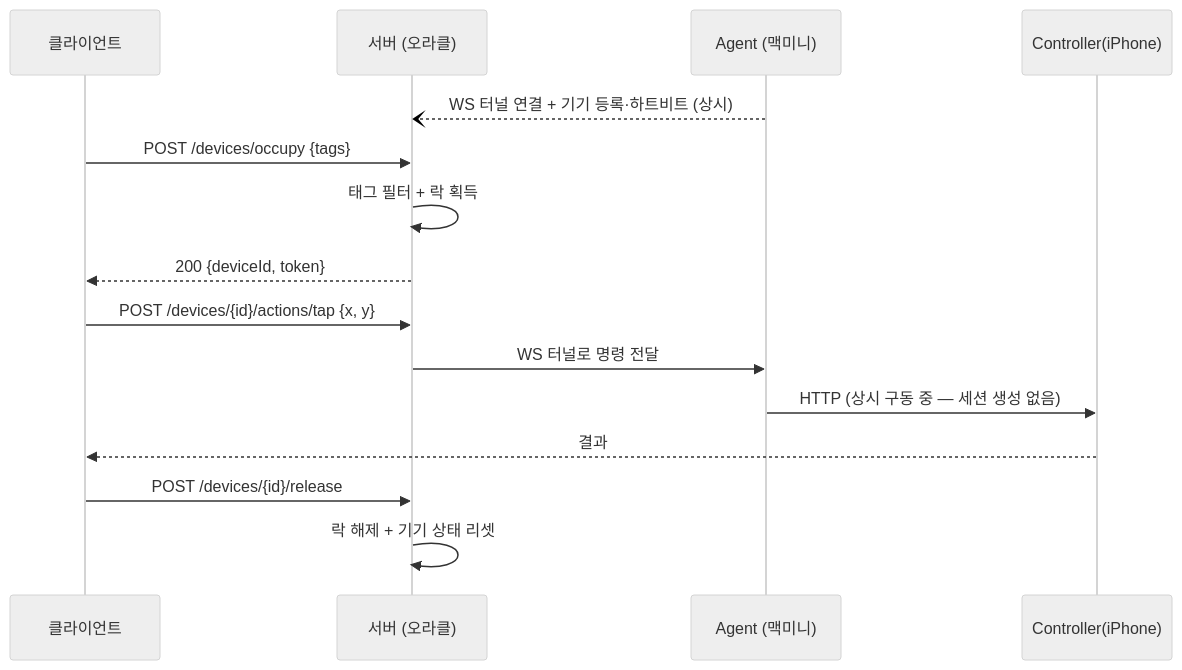
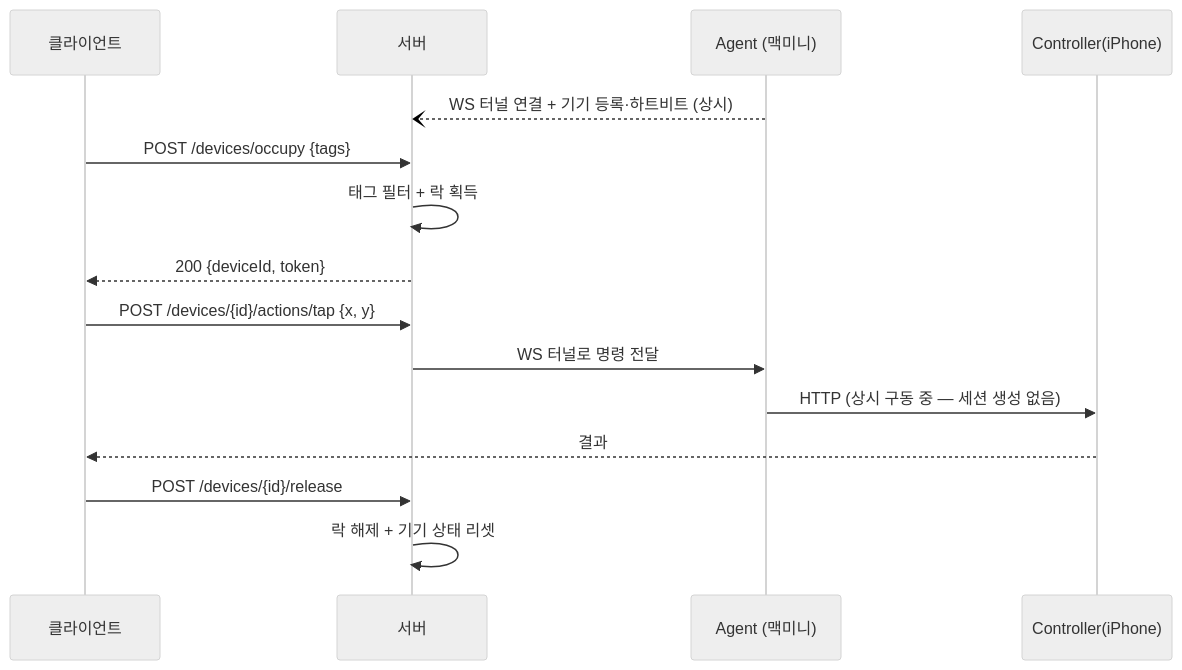
Before and after one commit to izg0820/nebula-clone: the second of 2 diagrams in README.md, drawn with Mermaid (neutral theme). The commit also changed other lines of this file and 18 other files, not shown here.

````diff
--- a/README.md
+++ b/README.md
@@ -72,18 +75,18 @@
 ```mermaid
 sequenceDiagram
     participant C as 클라이언트
-    participant S as 서버 (오라클)
+    participant S as 서버
     participant A as Agent (맥미니)
     participant D as Controller(iPhone)
 
     A--)S: WS 터널 연결 + 기기 등록·하트비트 (상시)
     C->>S: POST /devices/occupy {tags}
     S->>S: 태그 필터 + 락 획득
     S-->>C: 200 {deviceId, token}
     C->>S: POST /devices/{id}/actions/tap {x, y}
     S->>A: WS 터널로 명령 전달
     A->>D: HTTP (상시 구동 중 — 세션 생성 없음)
     D-->>C: 결과
     C->>S: POST /devices/{id}/release
     S->>S: 락 해제 + 기기 상태 리셋
 ```
````
